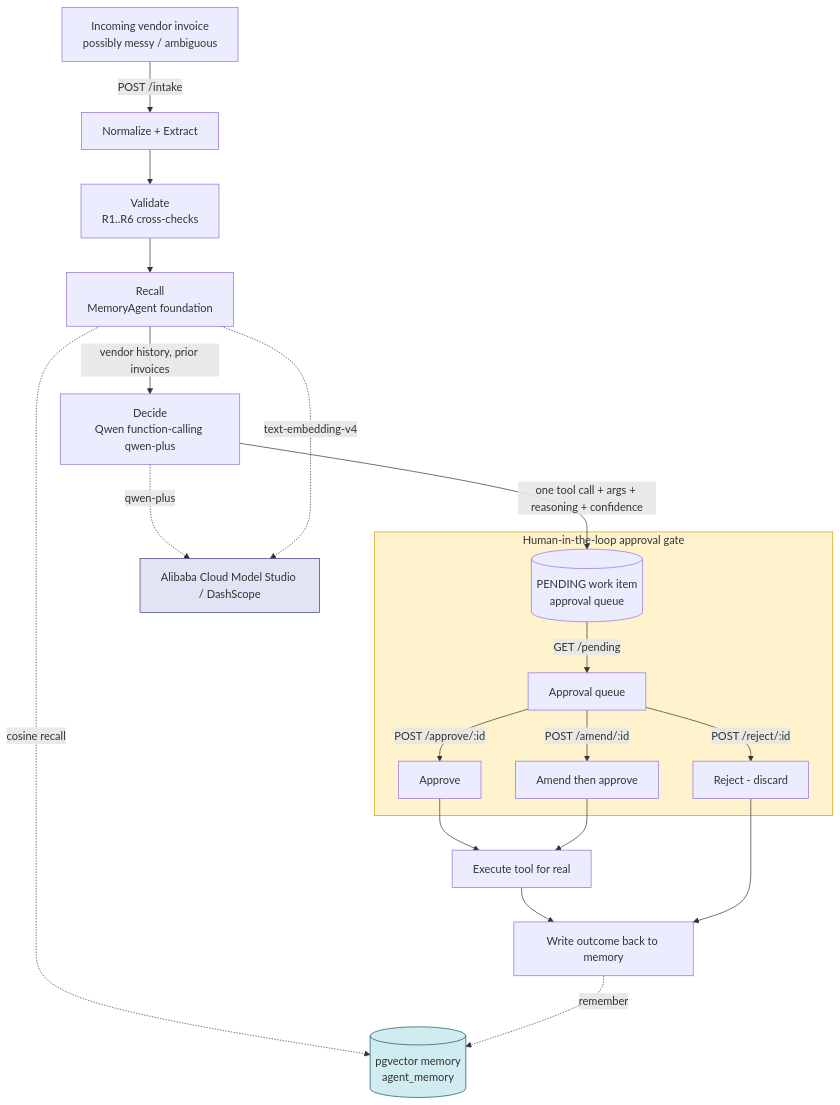
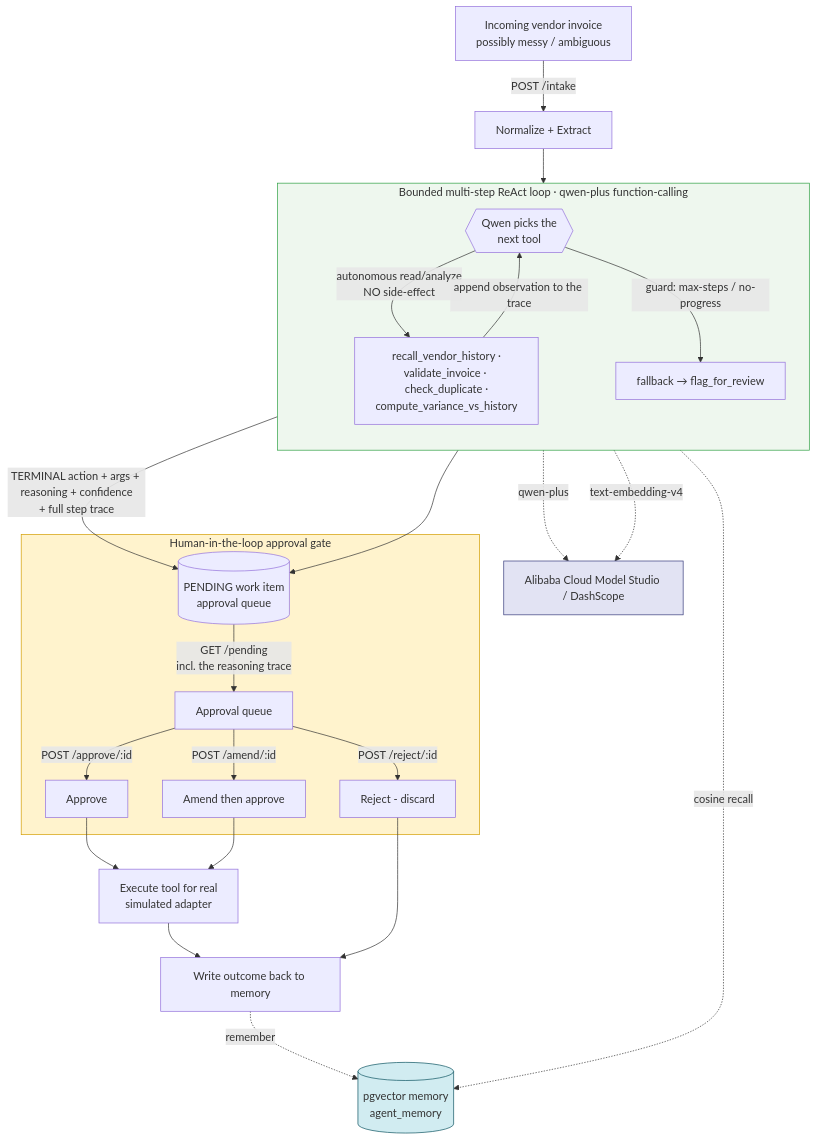
The diagram in README.md (upgradedev/archon-qwen-autopilot), drawn with Mermaid before and after one commit. The commit also changed other lines of this file and 25 other files, not shown here.

First line of the commit message:
feat(loop): replace single-shot decider with a bounded multi-step ReAct loop

````diff
--- a/README.md
+++ b/README.md
@@ -69,29 +95,38 @@
 ```mermaid
 flowchart TD
     C[Incoming vendor invoice<br/>possibly messy / ambiguous] -->|POST /intake| N[Normalize + Extract]
-    N --> V[Validate<br/>R1..R6 cross-checks]
-    V --> R[Recall<br/>MemoryAgent foundation]
-    R -->|vendor history, prior invoices| D[Decide<br/>Qwen function-calling qwen-plus]
-    D -->|one tool call + args + reasoning + confidence| P[(PENDING work item<br/>approval queue)]
+
+    subgraph LOOP [Bounded multi-step ReAct loop · qwen-plus function-calling]
+      direction TB
+      D{{Qwen picks the<br/>next tool}}
+      D -->|autonomous read/analyze<br/>NO side-effect| T[recall_vendor_history ·<br/>validate_invoice · check_duplicate ·<br/>compute_variance_vs_history]
+      T -->|append observation to the trace| D
+      D -->|guard: max-steps / no-progress| G[fallback → flag_for_review]
+    end
+
+    N --> D
+    D -->|TERMINAL action + args + reasoning + confidence<br/>+ full step trace| P[(PENDING work item<br/>approval queue)]
+    G --> P
 
     subgraph HITL [Human-in-the-loop approval gate]
-      P -->|GET /pending| Q[Approval queue]
+      P -->|GET /pending<br/>incl. the reasoning trace| Q[Approval queue]
       Q -->|POST /approve/:id| A[Approve]
       Q -->|POST /amend/:id| M[Amend then approve]
       Q -->|POST /reject/:id| X[Reject - discard]
     end
 
-    A --> E[Execute tool for real]
+    A --> E[Execute tool for real<br/>simulated adapter]
     M --> E
     E --> W[Write outcome back to memory]
     X --> W
 
-    R -. cosine recall .-> MEM[(pgvector memory<br/>agent_memory)]
+    T -. cosine recall .-> MEM[(pgvector memory<br/>agent_memory)]
     W -. remember .-> MEM
     D -. qwen-plus .-> QWEN[Alibaba Cloud Model Studio / DashScope]
-    R -. text-embedding-v4 .-> QWEN
+    T -. text-embedding-v4 .-> QWEN
 
+    style LOOP fill:#eef7ee,stroke:#2ea043
     style HITL fill:#fff3cd,stroke:#d39e00
     style MEM fill:#d1ecf1,stroke:#0c5460
     style QWEN fill:#e2e3f3,stroke:#383d7c
 ```
````
